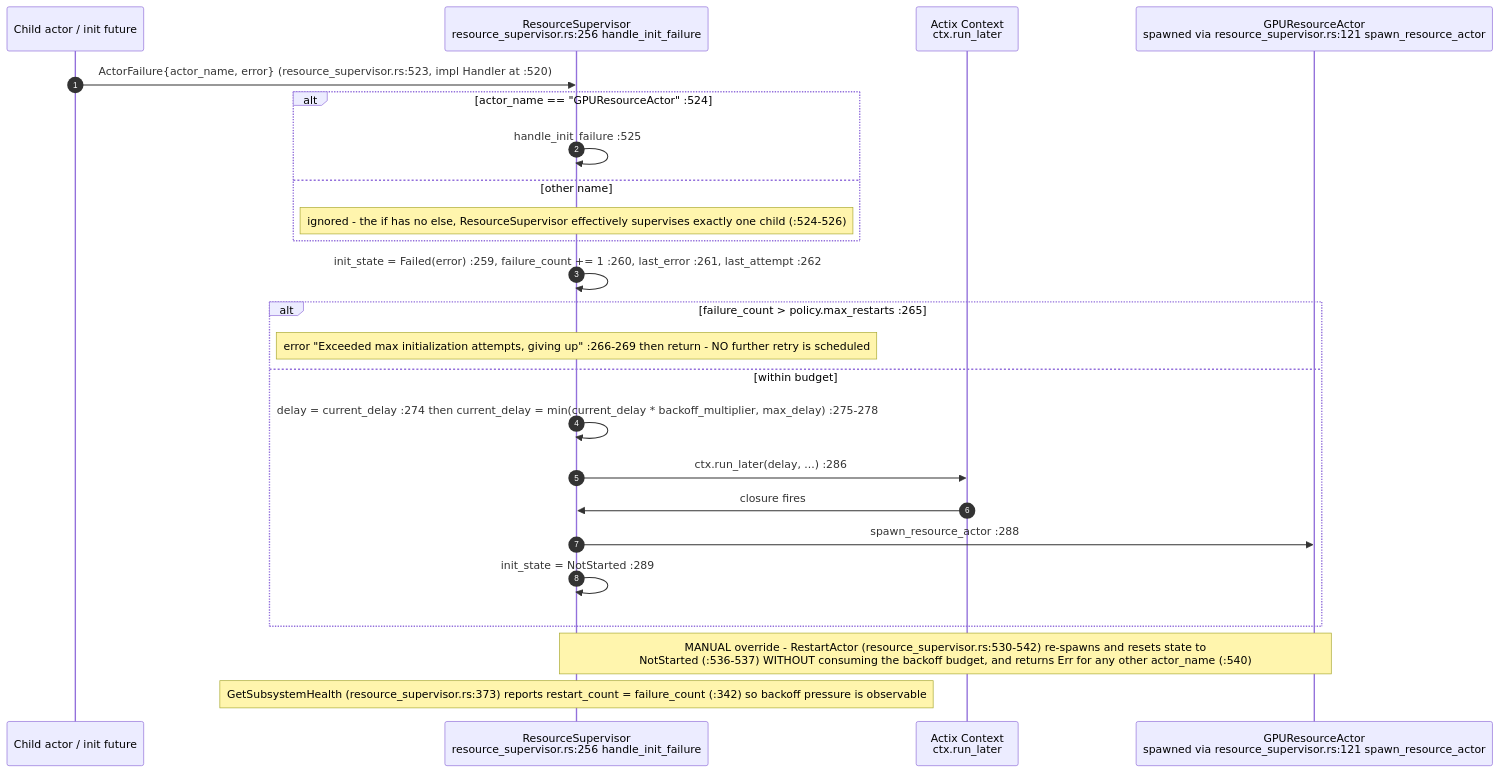
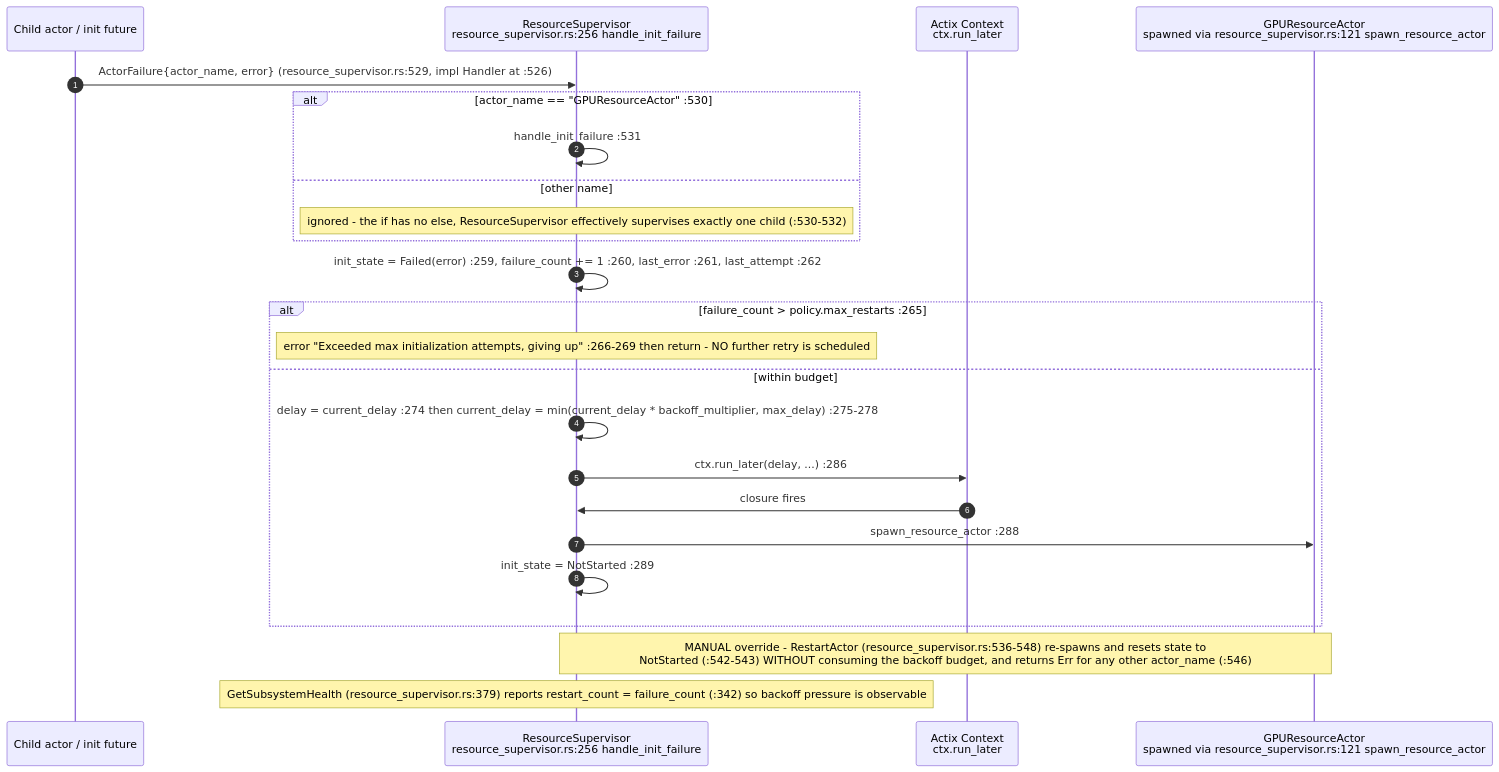
One commit to DreamLab-AI/VisionFlow changed the fifth of 8 diagrams in docs/diagrams/visionclaw/10-gpu-supervision-and-context-bus.md. Above: the diagram before and after it, drawn with Mermaid. The commit also changed other lines of this file and 160 other files, not shown here.

````diff
--- a/docs/diagrams/visionclaw/10-gpu-supervision-and-context-bus.md
+++ b/docs/diagrams/visionclaw/10-gpu-supervision-and-context-bus.md
@@ -207,27 +208,27 @@
 ```mermaid
 sequenceDiagram
     autonumber
     participant CH as Child actor / init future
     participant RS as ResourceSupervisor<br/>resource_supervisor.rs:256 handle_init_failure
     participant CTX as Actix Context<br/>ctx.run_later
     participant GRA as GPUResourceActor<br/>spawned via resource_supervisor.rs:121 spawn_resource_actor
 
-    CH->>RS: ActorFailure{actor_name, error} (resource_supervisor.rs:523, impl Handler at :520)
-    alt actor_name == "GPUResourceActor" :524
-        RS->>RS: handle_init_failure :525
+    CH->>RS: ActorFailure{actor_name, error} (resource_supervisor.rs:529, impl Handler at :526)
+    alt actor_name == "GPUResourceActor" :530
+        RS->>RS: handle_init_failure :531
     else other name
-        Note over RS: ignored - the if has no else, ResourceSupervisor effectively supervises exactly one child (:524-526)
+        Note over RS: ignored - the if has no else, ResourceSupervisor effectively supervises exactly one child (:530-532)
     end
     RS->>RS: init_state = Failed(error) :259, failure_count += 1 :260, last_error :261, last_attempt :262
     alt failure_count > policy.max_restarts :265
         Note over RS: error "Exceeded max initialization attempts, giving up" :266-269 then return - NO further retry is scheduled
     else within budget
         RS->>RS: delay = current_delay :274 then current_delay = min(current_delay * backoff_multiplier, max_delay) :275-278
         RS->>CTX: ctx.run_later(delay, ...) :286
         CTX->>RS: closure fires
         RS->>GRA: spawn_resource_actor :288
         RS->>RS: init_state = NotStarted :289
     end
-    Note over RS,GRA: MANUAL override - RestartActor (resource_supervisor.rs:530-542) re-spawns and resets state to<br/>NotStarted (:536-537) WITHOUT consuming the backoff budget, and returns Err for any other actor_name (:540)
-    Note over RS: GetSubsystemHealth (resource_supervisor.rs:373) reports restart_count = failure_count (:342) so backoff pressure is observable
+    Note over RS,GRA: MANUAL override - RestartActor (resource_supervisor.rs:536-548) re-spawns and resets state to<br/>NotStarted (:542-543) WITHOUT consuming the backoff budget, and returns Err for any other actor_name (:546)
+    Note over RS: GetSubsystemHealth (resource_supervisor.rs:379) reports restart_count = failure_count (:342) so backoff pressure is observable
 ```
````
